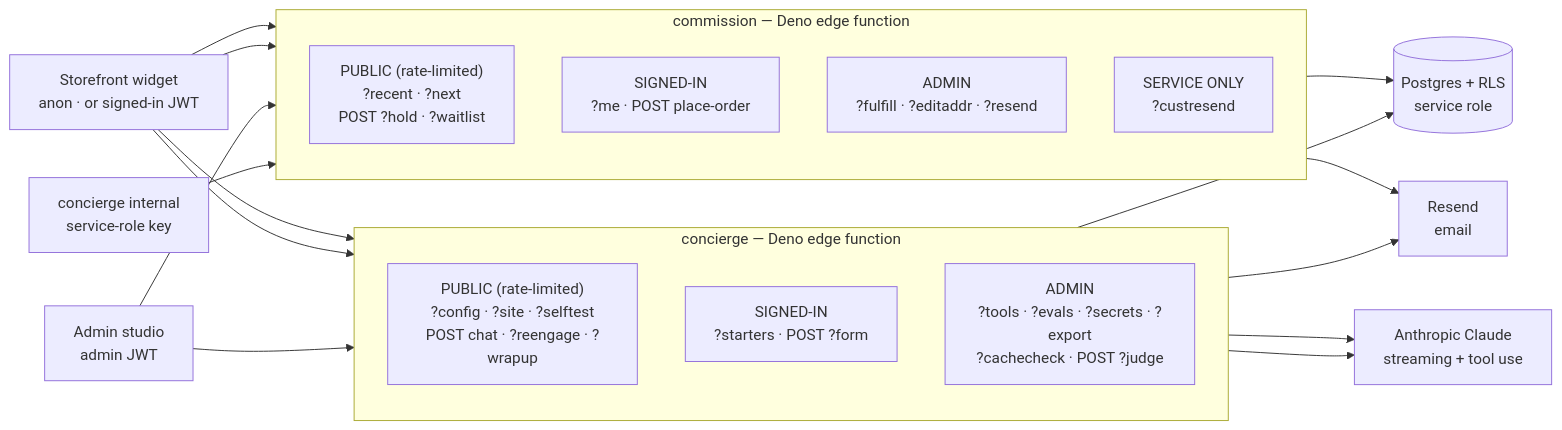
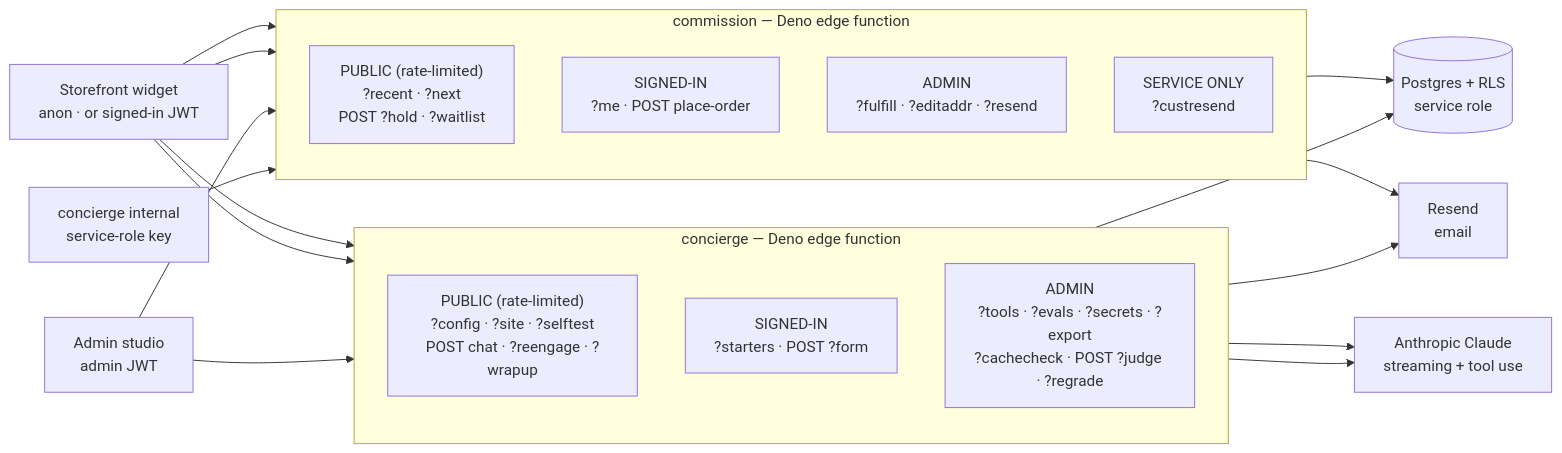
One commit to Maniwar/Blanket changed the second of 3 diagrams in supabase/SCHEMA.md. Above: the diagram before and after it, drawn with Mermaid. The commit also changed other lines of this file and 2 other files, not shown here.

Commit message:
Add on-demand goal re-grading from the Conversations panel
The goal grader only ran on a sampled async pass, so an admin couldn't force a
score. New admin-gated POST ?regrade=1 grades goals for {conversation_id} or
{ids:[…]} (≤30) using the current goal set.

UI: a 'Re-grade goals' button in the transcript header (re-scores the open chat
and refreshes its scorecard) and a 'Re-grade shown' button in the filter row
(bounded batch over the conversations currently shown, one model call each, with
a confirm). SCHEMA updated (endpoint + diagram).

Claude-Session: https://claude.ai/code/session_01948bdGBFtLcsmLXVLeUTfW

````diff
--- a/supabase/SCHEMA.md
+++ b/supabase/SCHEMA.md
@@ -477,40 +477,40 @@
 ```mermaid
 flowchart LR
   A["Storefront widget<br/>anon · or signed-in JWT"]
   B["Admin studio<br/>admin JWT"]
   I["concierge internal<br/>service-role key"]
 
   subgraph CONCIERGE["concierge — Deno edge function"]
     direction TB
     CP["PUBLIC (rate-limited)<br/>?config · ?site · ?selftest<br/>POST chat · ?reengage · ?wrapup"]
     CU["SIGNED-IN<br/>?starters · POST ?form"]
-    CA["ADMIN<br/>?tools · ?evals · ?secrets · ?export<br/>?cachecheck · POST ?judge"]
+    CA["ADMIN<br/>?tools · ?evals · ?secrets · ?export<br/>?cachecheck · POST ?judge · ?regrade"]
   end
 
   subgraph COMMISSION["commission — Deno edge function"]
     direction TB
     MP["PUBLIC (rate-limited)<br/>?recent · ?next<br/>POST ?hold · ?waitlist"]
     MU["SIGNED-IN<br/>?me · POST place-order"]
     MA["ADMIN<br/>?fulfill · ?editaddr · ?resend"]
     MS["SERVICE ONLY<br/>?custresend"]
   end
 
   ANT["Anthropic Claude<br/>streaming + tool use"]
   PG[("Postgres + RLS<br/>service role")]
   RS["Resend<br/>email"]
 
   A --> CP
   A --> CU
   B --> CA
   A --> MP
   A --> MU
   B --> MA
   I --> MS
 
   CP --> ANT
   CA --> ANT
   CONCIERGE --> PG
   COMMISSION --> PG
   COMMISSION --> RS
   CP --> RS
 ```
````
